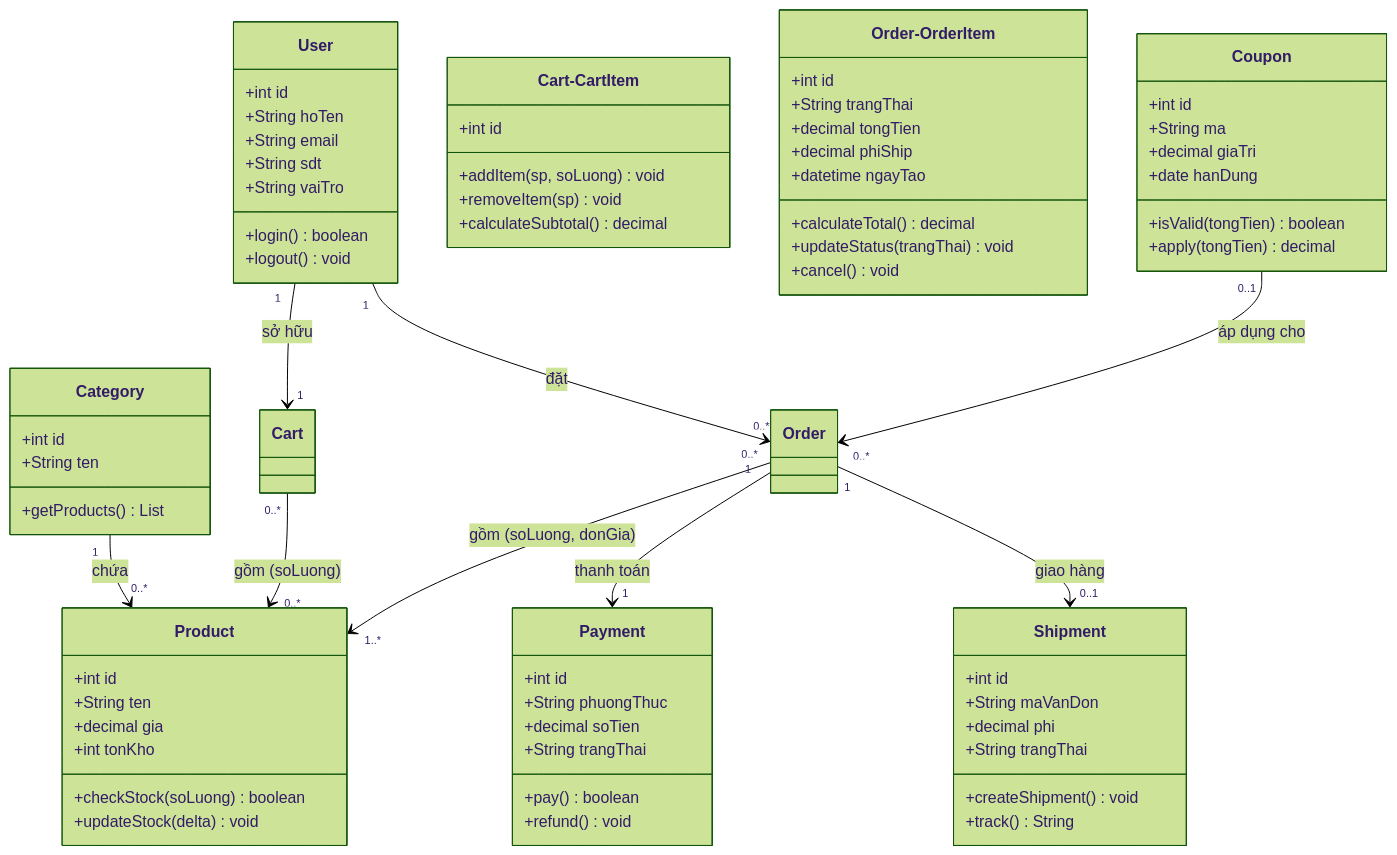
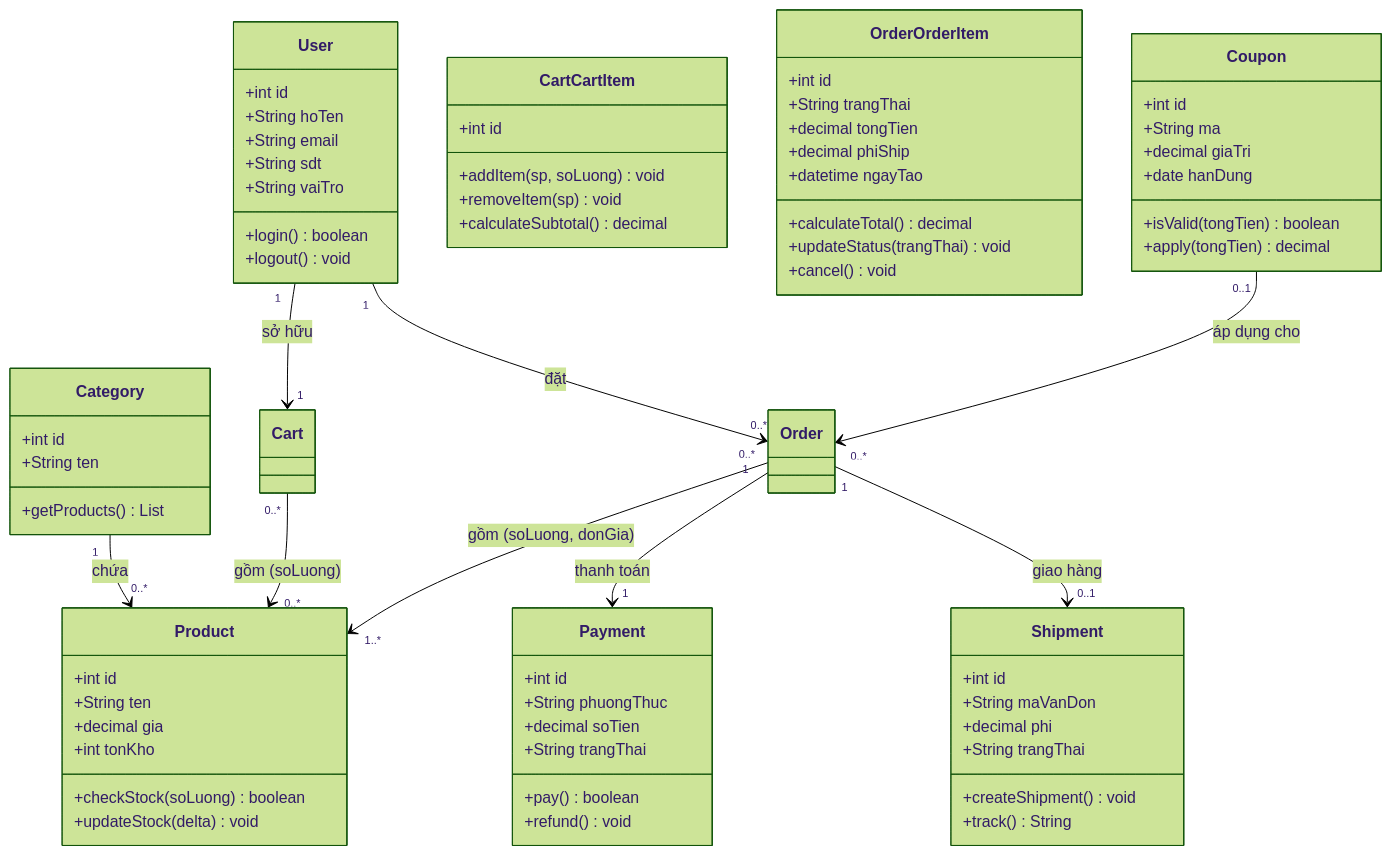
Before and after one commit to Axigami/Online-Sales-Management-System-for-a-Small-Toy-Store: the second of 2 diagrams in scr/04_ThietKe/03_class_diagram.md, drawn with Mermaid (forest theme).

Commit message:
Fix class names in class diagram

````diff
--- a/scr/04_ThietKe/03_class_diagram.md
+++ b/scr/04_ThietKe/03_class_diagram.md
@@ -80,76 +80,76 @@
 ```mermaid
 classDiagram
     direction TB
 
     class User {
         +int id
         +String hoTen
         +String email
         +String sdt
         +String vaiTro
         +login() boolean
         +logout() void
     }
     class Category {
         +int id
         +String ten
         +getProducts() List
     }
     class Product {
         +int id
         +String ten
         +decimal gia
         +int tonKho
         +checkStock(soLuong) boolean
         +updateStock(delta) void
     }
-    class Cart-CartItem {
+    class CartCartItem {
         +int id
         +addItem(sp, soLuong) void
         +removeItem(sp) void
         +calculateSubtotal() decimal
     }
-    class Order-OrderItem {
+    class OrderOrderItem {
         +int id
         +String trangThai
         +decimal tongTien
         +decimal phiShip
         +datetime ngayTao
         +calculateTotal() decimal
         +updateStatus(trangThai) void
         +cancel() void
     }
     class Payment {
         +int id
         +String phuongThuc
         +decimal soTien
         +String trangThai
         +pay() boolean
         +refund() void
     }
     class Shipment {
         +int id
         +String maVanDon
         +decimal phi
         +String trangThai
         +createShipment() void
         +track() String
     }
     class Coupon {
         +int id
         +String ma
         +decimal giaTri
         +date hanDung
         +isValid(tongTien) boolean
         +apply(tongTien) decimal
     }
 
     Category "1" --> "0..*" Product : chứa
     User "1" --> "1" Cart : sở hữu
     User "1" --> "0..*" Order : đặt
     Cart "0..*" --> "0..*" Product : gồm (soLuong)
     Order "0..*" --> "1..*" Product : gồm (soLuong, donGia)
     Order "1" --> "1" Payment : thanh toán
     Order "1" --> "0..1" Shipment : giao hàng
     Coupon "0..1" --> "0..*" Order : áp dụng cho
 ```
````
